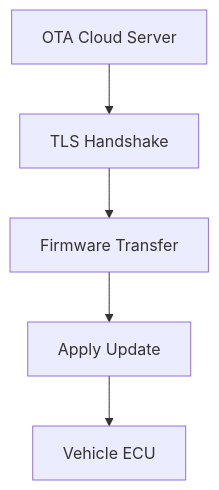
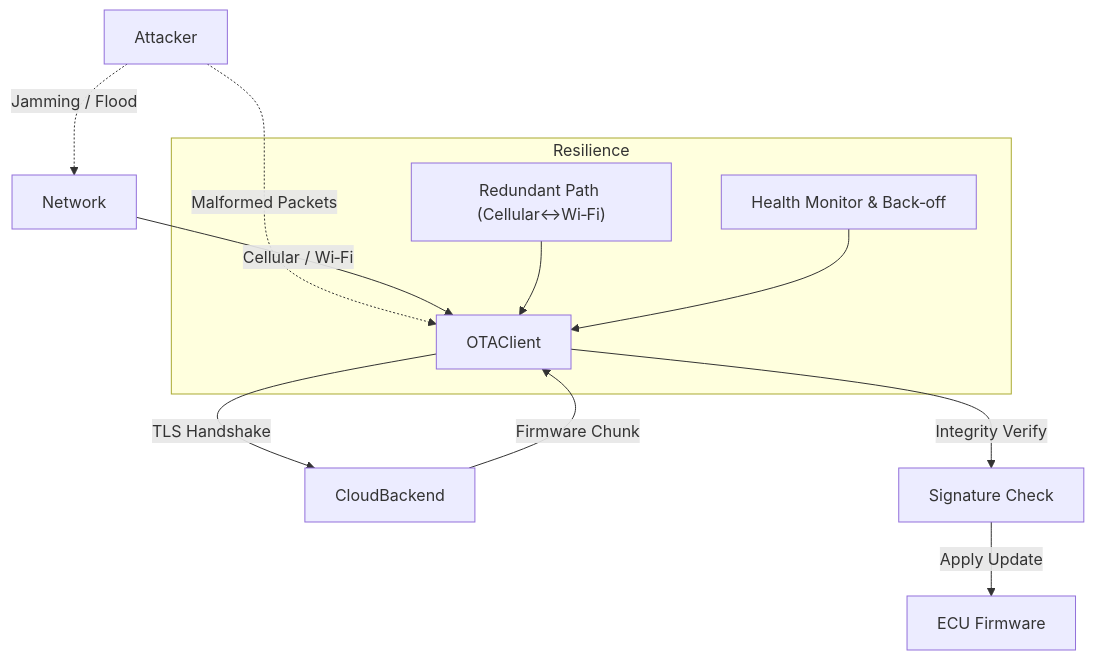
The second of 2 diagrams in outputs/02_protection-dos_doc.md (CagriCatik/Clarion), drawn with Mermaid before and after one commit. The commit also changed other lines of this file and 66 other files, not shown here.

````diff
--- a/outputs/02_protection-dos_doc.md
+++ b/outputs/02_protection-dos_doc.md
@@ -9,9 +83,14 @@
 ```mermaid
 graph TD
-    CloudServer["OTA Cloud Server"]
-    TLSHandshake["TLS Handshake"]
-    FirmwareTransfer["Firmware Transfer"]
-    ApplyUpdate["Apply Update"]
-    ECU["Vehicle ECU"]
-    CloudServer --> TLSHandshake --> FirmwareTransfer --> ApplyUpdate --> ECU
+    Attacker["Attacker"] -. "Jamming / Flood" .-> Network["Network"]
+    Attacker -. "Malformed Packets" .-> OTAClient
+    Network -->|"Cellular / Wi‑Fi"| OTAClient
+    OTAClient -->|"TLS Handshake"| CloudBackend
+    CloudBackend -->|"Firmware Chunk"| OTAClient
+    OTAClient -->|"Integrity Verify"| FirmwareValidator["Signature Check"]
+    FirmwareValidator -->|"Apply Update"| ECU["ECU Firmware"]
+    subgraph Resilience
+        RedundantPath["Redundant Path (Cellular↔Wi‑Fi)" ] --> OTAClient
+        HealthMonitor["Health Monitor & Back‑off"] --> OTAClient
+    end
 ```
````
